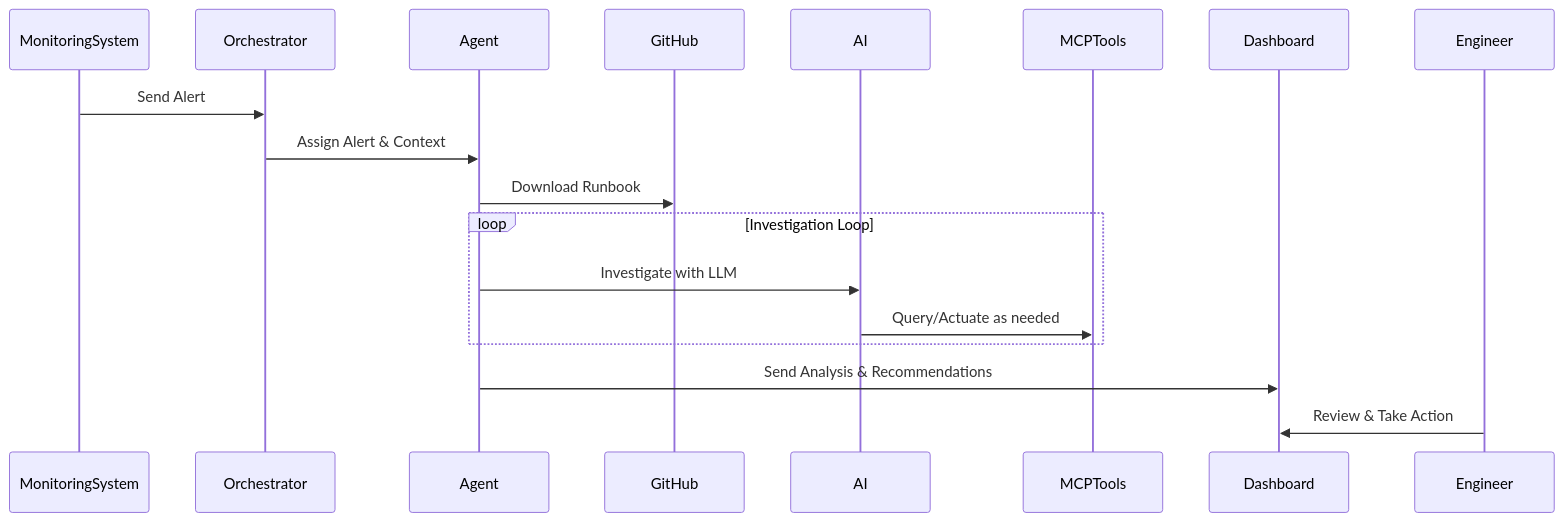
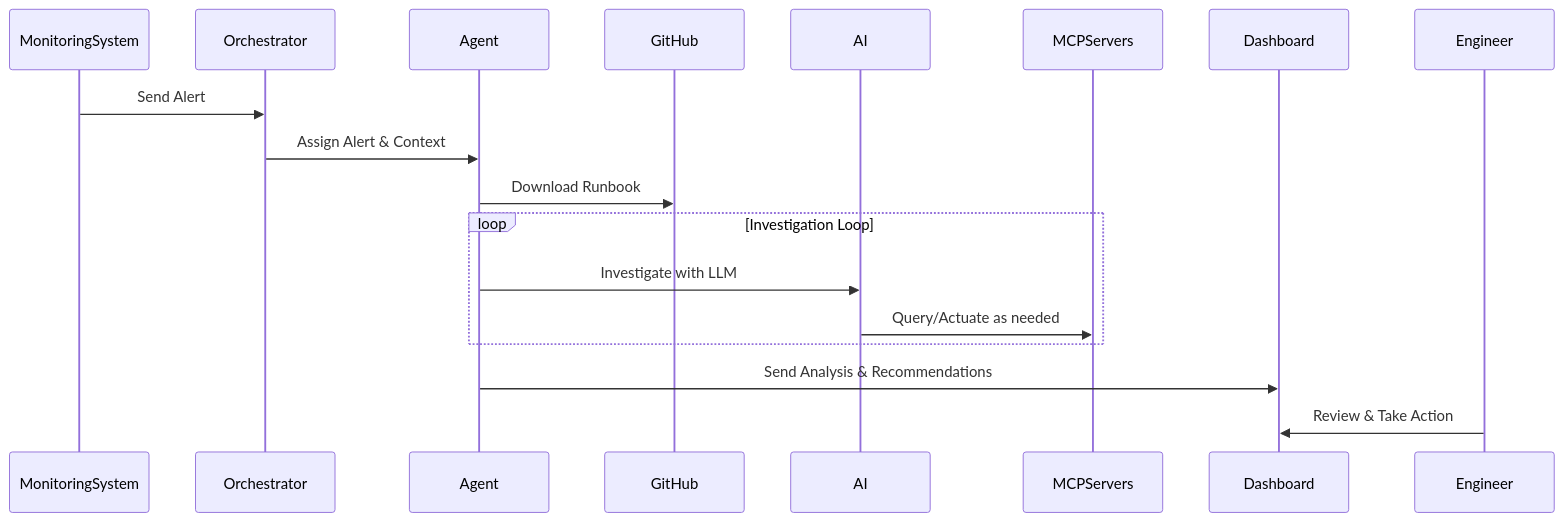
Before and after one commit to rsoaresd/tarsy-bot: the diagram in README.md, drawn with Mermaid. The commit also changed 50 other files, not shown here.

````diff
--- a/README.md
+++ b/README.md
@@ -79,21 +79,21 @@
 ```mermaid
 sequenceDiagram
     participant MonitoringSystem
     participant Orchestrator
     participant Agent
     participant GitHub
     participant AI
-    participant MCPTools
+    participant MCPServers
     participant Dashboard
     participant Engineer
 
     MonitoringSystem->>Orchestrator: Send Alert
     Orchestrator->>Agent: Assign Alert & Context
     Agent->>GitHub: Download Runbook
     loop Investigation Loop
         Agent->>AI: Investigate with LLM
-        AI->>MCPTools: Query/Actuate as needed
+        AI->>MCPServers: Query/Actuate as needed
     end
     Agent->>Dashboard: Send Analysis & Recommendations
     Engineer->>Dashboard: Review & Take Action
 ```
````
